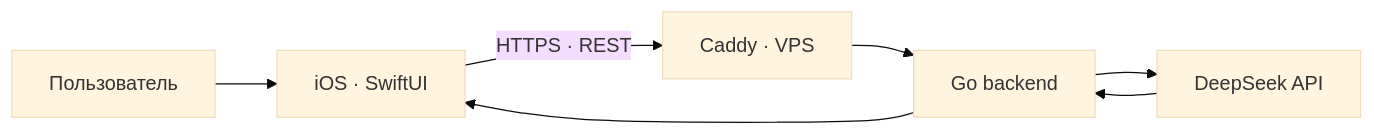
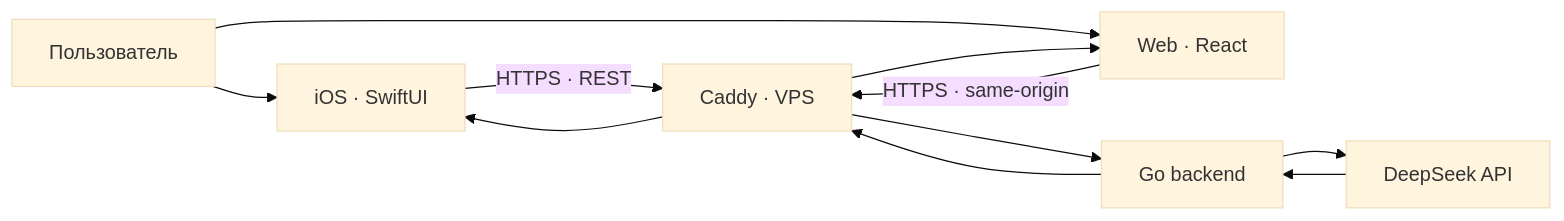
Before and after one commit to eugeneappledev-source/AI-Challenge: the diagram in README.md, drawn with Mermaid (base theme). The commit also changed other lines of this file and 31 other files, not shown here.

````diff
--- a/README.md
+++ b/README.md
@@ -31,8 +34,13 @@
 ```mermaid
 flowchart LR
     User["Пользователь"] --> App["iOS · SwiftUI"]
+    User --> Web["Web · React"]
     App -->|"HTTPS · REST"| Gateway["Caddy · VPS"]
+    Web -->|"HTTPS · same-origin"| Gateway
     Gateway --> API["Go backend"]
     API --> LLM["DeepSeek API"]
-    LLM --> API --> App
+    LLM --> API
+    API --> Gateway
+    Gateway --> App
+    Gateway --> Web
 ```
````
